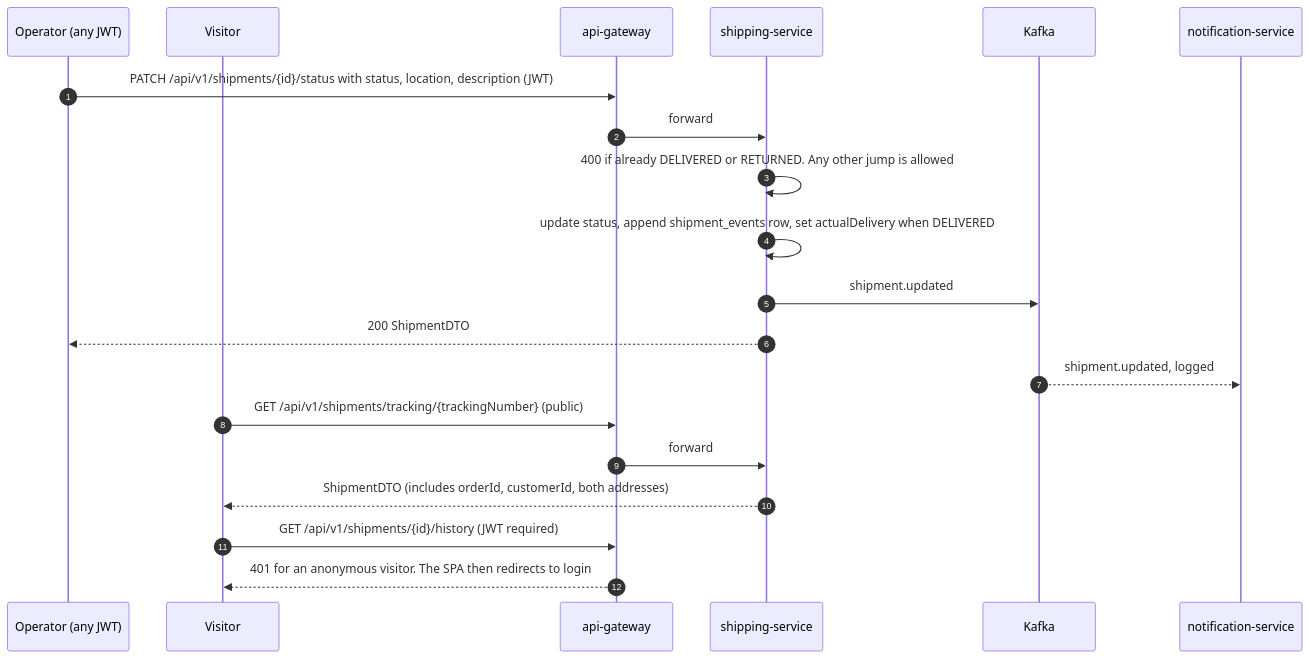
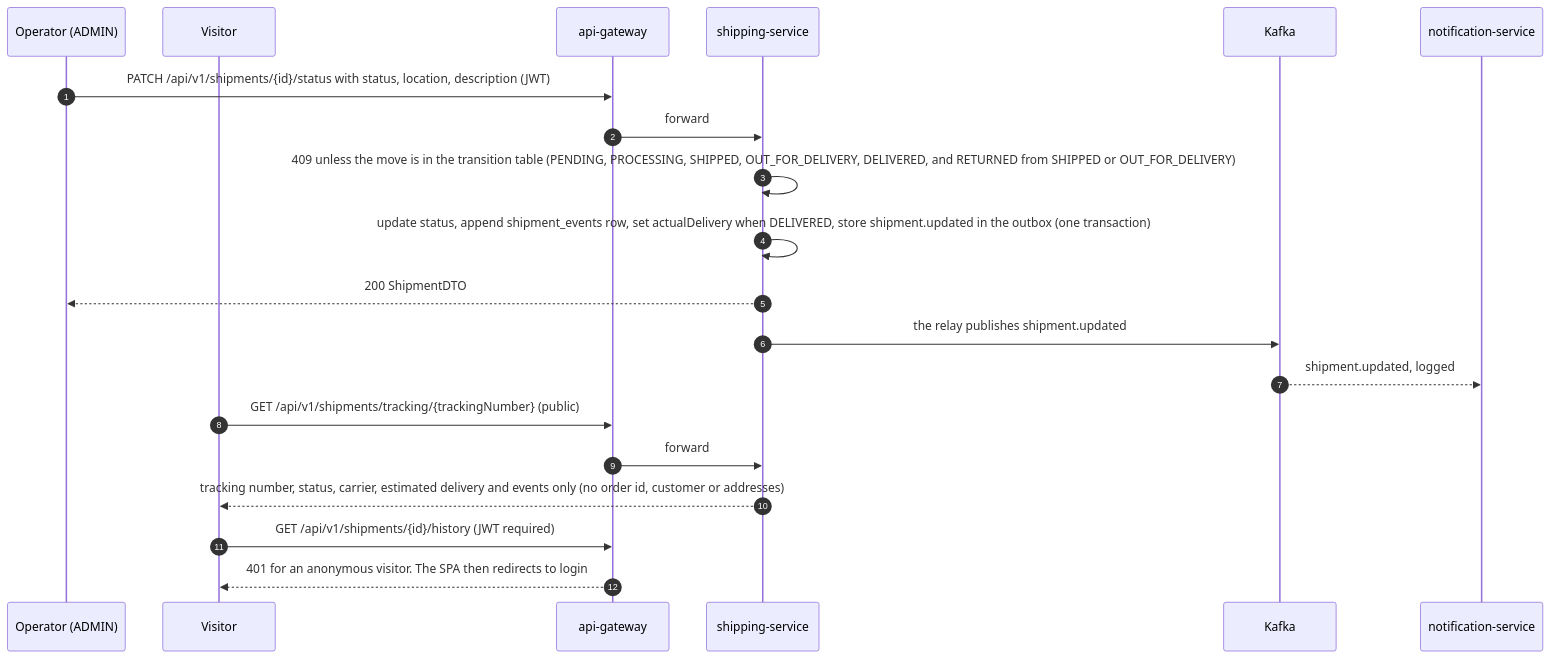
Before and after one commit to bmcnpnr/ecommerce-platform: the ninth of 11 diagrams in docs/flows.md, drawn with Mermaid. The commit also changed other lines of this file and 58 other files, not shown here.

````diff
--- a/docs/flows.md
+++ b/docs/flows.md
@@ -239,22 +327,22 @@
 ```mermaid
 sequenceDiagram
     autonumber
-    participant A as Operator (any JWT)
+    participant A as Operator (ADMIN)
     participant V as Visitor
     participant G as api-gateway
     participant S as shipping-service
     participant K as Kafka
     participant N as notification-service
     A->>G: PATCH /api/v1/shipments/{id}/status with status, location, description (JWT)
     G->>S: forward
-    S->>S: 400 if already DELIVERED or RETURNED. Any other jump is allowed
-    S->>S: update status, append shipment_events row, set actualDelivery when DELIVERED
-    S->>K: shipment.updated
+    S->>S: 409 unless the move is in the transition table (PENDING, PROCESSING, SHIPPED, OUT_FOR_DELIVERY, DELIVERED, and RETURNED from SHIPPED or OUT_FOR_DELIVERY)
+    S->>S: update status, append shipment_events row, set actualDelivery when DELIVERED, store shipment.updated in the outbox (one transaction)
     S-->>A: 200 ShipmentDTO
+    S->>K: the relay publishes shipment.updated
     K-->>N: shipment.updated, logged
     V->>G: GET /api/v1/shipments/tracking/{trackingNumber} (public)
     G->>S: forward
-    S-->>V: ShipmentDTO (includes orderId, customerId, both addresses)
+    S-->>V: tracking number, status, carrier, estimated delivery and events only (no order id, customer or addresses)
     V->>G: GET /api/v1/shipments/{id}/history (JWT required)
     G-->>V: 401 for an anonymous visitor. The SPA then redirects to login
 ```
````
